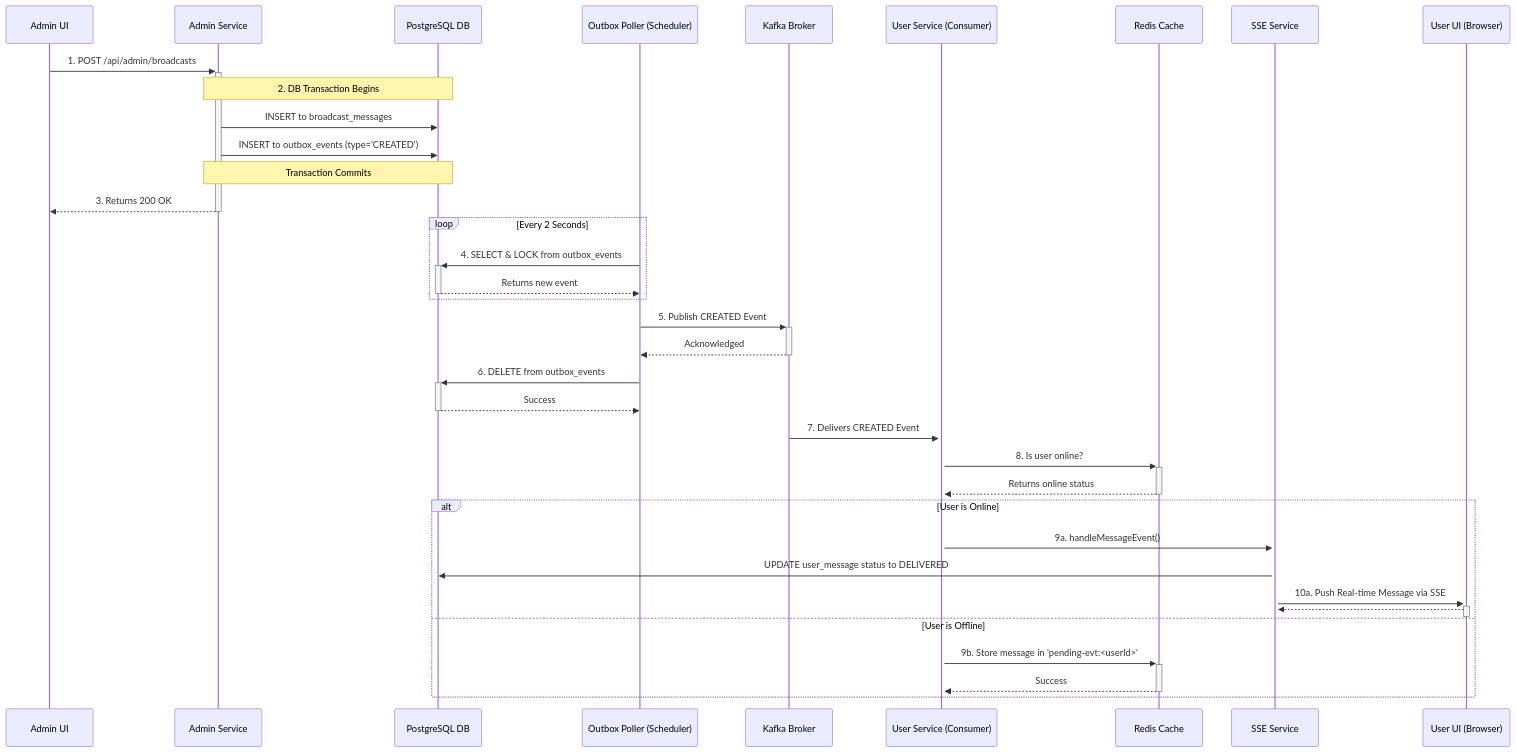
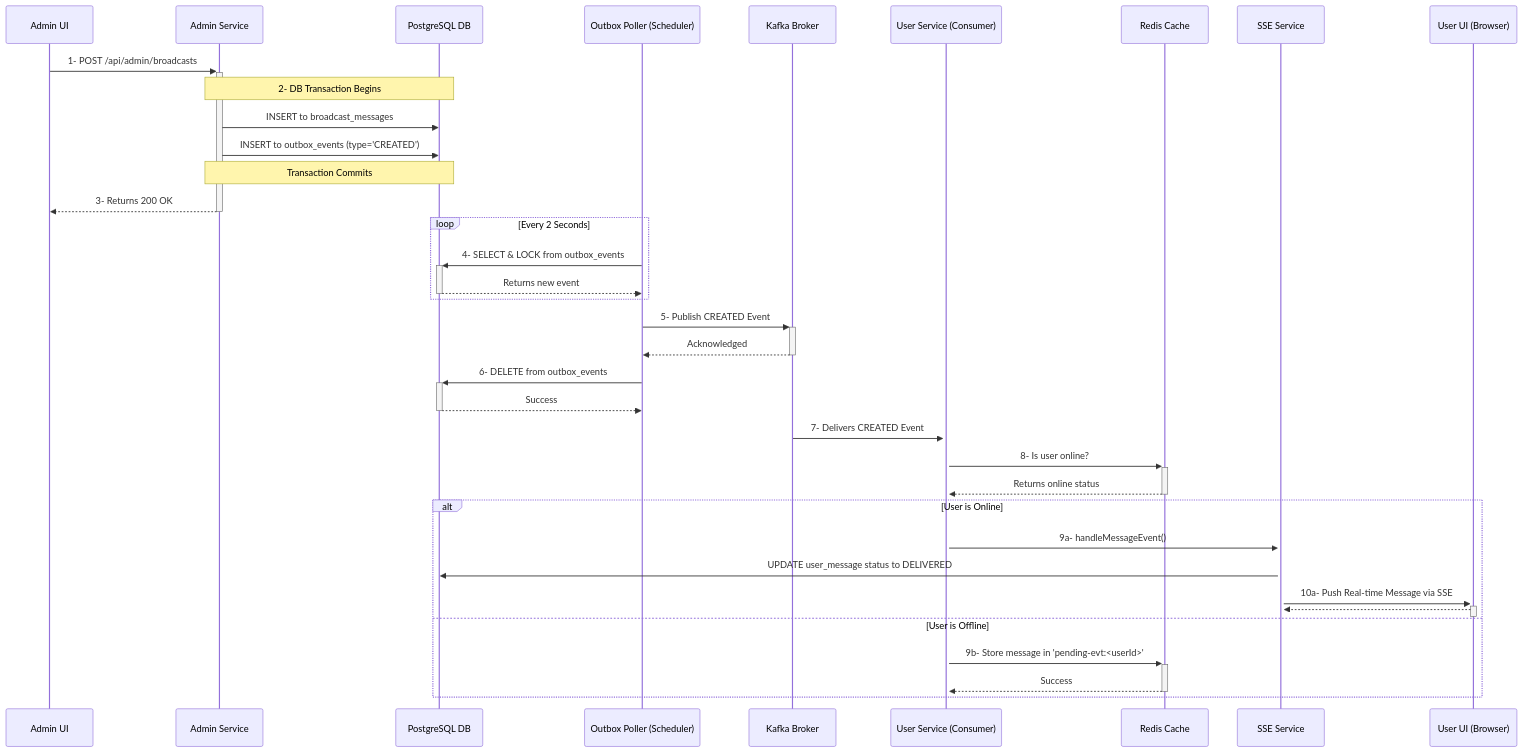
The diagram in MermaidDiagrams/seq-broadcastcreation-immediate-delevery.mmd (rsrini7/Notification-SSE-GLM-Flux), drawn with Mermaid before and after one commit. The commit also changed 8 other files, not shown here.

Commit message:
updated mermaid diagram

```diff
--- a/MermaidDiagrams/seq-broadcastcreation-immediate-delevery.mmd
+++ b/MermaidDiagrams/seq-broadcastcreation-immediate-delevery.mmd
@@ -1,41 +1,41 @@
 sequenceDiagram
     participant AdminUI as Admin UI
     participant AdminSvc as Admin Service
     participant DB as PostgreSQL DB
     participant OutboxPoller as Outbox Poller (Scheduler)
     participant Kafka as Kafka Broker
     participant UserSvc as User Service (Consumer)
     participant Redis as Redis Cache
     participant SseSvc as SSE Service
     participant UserUI as User UI (Browser)
 
-    AdminUI->>+AdminSvc: 1. POST /api/admin/broadcasts
-    Note over AdminSvc, DB: 2. DB Transaction Begins
+    AdminUI->>+AdminSvc: 1- POST /api/admin/broadcasts
+    Note over AdminSvc, DB: 2- DB Transaction Begins
     AdminSvc->>DB: INSERT to broadcast_messages
     AdminSvc->>DB: INSERT to outbox_events (type='CREATED')
     Note over AdminSvc, DB: Transaction Commits
-    AdminSvc-->>-AdminUI: 3. Returns 200 OK
+    AdminSvc-->>-AdminUI: 3- Returns 200 OK
 
     %% Asynchronous Flow via Kafka
     loop Every 2 Seconds
-        OutboxPoller->>+DB: 4. SELECT & LOCK from outbox_events
+        OutboxPoller->>+DB: 4- SELECT & LOCK from outbox_events
         DB-->>-OutboxPoller: Returns new event
     end
-    OutboxPoller->>+Kafka: 5. Publish CREATED Event
+    OutboxPoller->>+Kafka: 5- Publish CREATED Event
     Kafka-->>-OutboxPoller: Acknowledged
-    OutboxPoller->>+DB: 6. DELETE from outbox_events
+    OutboxPoller->>+DB: 6- DELETE from outbox_events
     DB-->>-OutboxPoller: Success
 
-    Kafka->>+UserSvc: 7. Delivers CREATED Event
-    UserSvc->>+Redis: 8. Is user online?
+    Kafka->>+UserSvc: 7- Delivers CREATED Event
+    UserSvc->>+Redis: 8- Is user online?
     Redis-->>-UserSvc: Returns online status
 
     alt User is Online
-        UserSvc->>+SseSvc: 9a. handleMessageEvent()
+        UserSvc->>+SseSvc: 9a- handleMessageEvent()
         SseSvc->>DB: UPDATE user_message status to DELIVERED
-        SseSvc->>+UserUI: 10a. Push Real-time Message via SSE
+        SseSvc->>+UserUI: 10a- Push Real-time Message via SSE
         UserUI-->>-SseSvc: 
     else User is Offline
-        UserSvc->>+Redis: 9b. Store message in 'pending-evt:<userId>'
+        UserSvc->>+Redis: 9b- Store message in 'pending-evt:<userId>'
         Redis-->>-UserSvc: Success
     end
```
